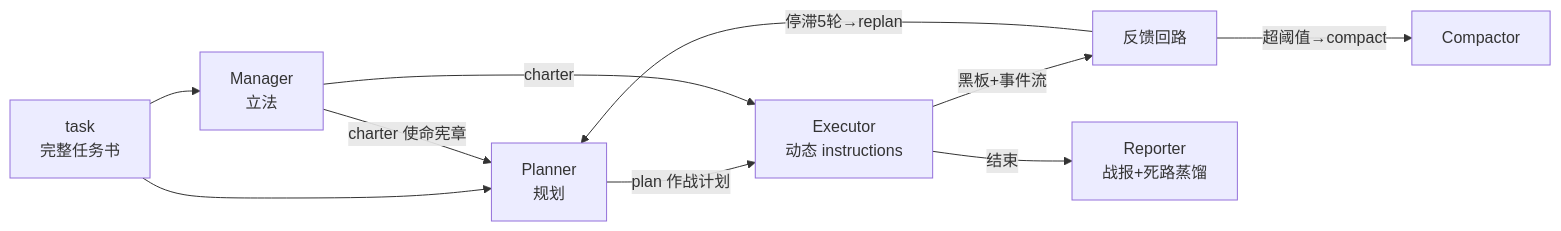
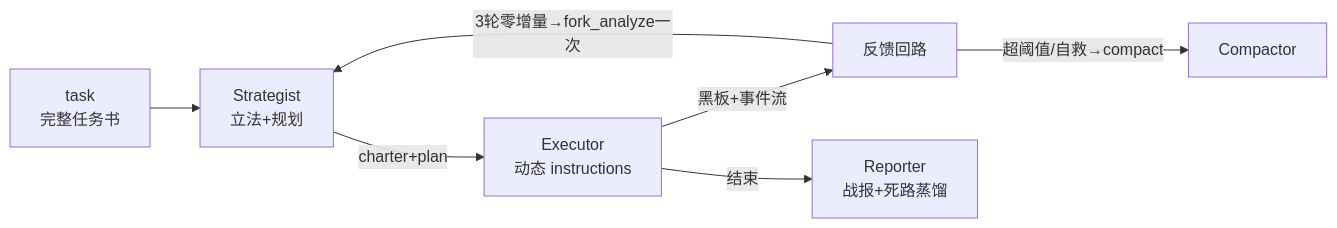
The second of 4 diagrams in README.md (honysyang/secai), drawn with Mermaid before and after one commit. The commit also changed other lines of this file and 1 other file, not shown here.

````diff
--- a/README.md
+++ b/README.md
@@ -270,12 +271,9 @@
 ```mermaid
 flowchart LR
-    TASK["task<br/>完整任务书"] --> MGR["Manager<br/>立法"]
-    TASK --> PLN["Planner<br/>规划"]
-    MGR -->|charter 使命宪章| PLN
-    PLN -->|plan 作战计划| EXE["Executor<br/>动态 instructions"]
-    MGR -->|charter| EXE
+    TASK["task<br/>完整任务书"] --> STG["Strategist<br/>立法+规划"]
+    STG -->|charter+plan| EXE["Executor<br/>动态 instructions"]
     EXE -->|黑板+事件流| FB["反馈回路"]
-    FB -->|"停滞5轮→replan"| PLN
-    FB -->|"超阈值→compact"| CMP["Compactor"]
+    FB -->|"3轮零增量→fork_analyze一次"| STG
+    FB -->|"超阈值/自救→compact"| CMP["Compactor"]
     EXE -->|结束| RPT["Reporter<br/>战报+死路蒸馏"]
 ```
````
